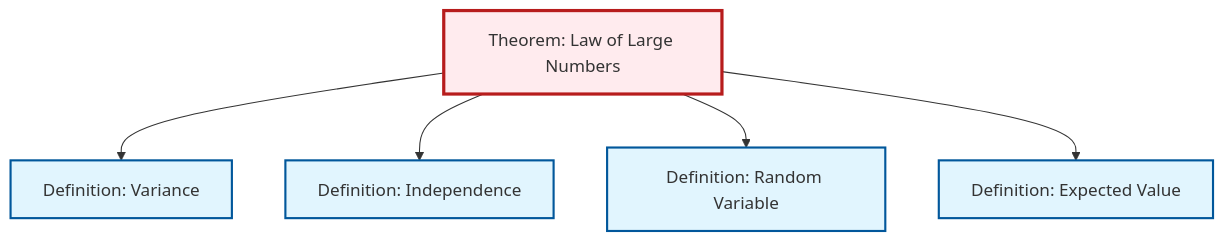
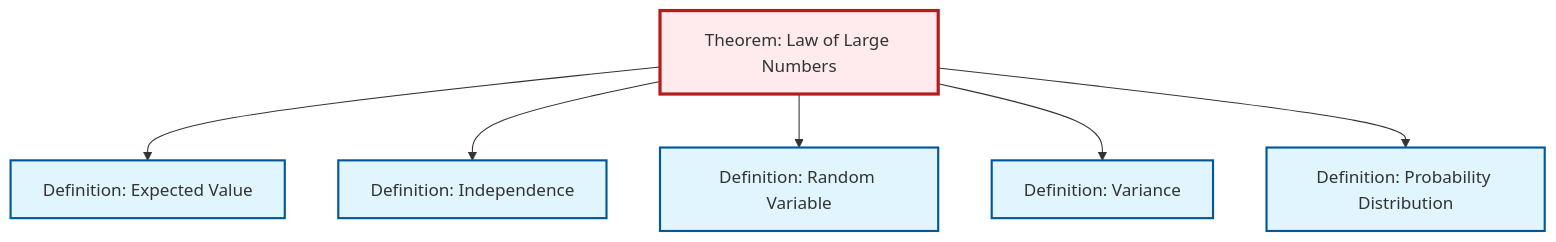
The second of 2 diagrams in content/ja/probability-statistics/thm-law-of-large-numbers.qmd (RK0429/ModernMath), drawn with Mermaid before and after one commit. The commit also changed 634 other files, not shown here.

````diff
--- a/content/ja/probability-statistics/thm-law-of-large-numbers.qmd
+++ b/content/ja/probability-statistics/thm-law-of-large-numbers.qmd
@@ -90,23 +90,26 @@
 ```{mermaid}
 %%| fig-cap: "Local dependency graph"
 graph TD
     classDef definition fill:#e1f5fe,stroke:#01579b,stroke-width:2px
     classDef theorem fill:#f3e5f5,stroke:#4a148c,stroke-width:2px
     classDef axiom fill:#fff3e0,stroke:#e65100,stroke-width:2px
     classDef example fill:#e8f5e9,stroke:#1b5e20,stroke-width:2px
     classDef current fill:#ffebee,stroke:#b71c1c,stroke-width:3px
+    def-independence["Definition: Independence"]:::definition
+    def-expectation["Definition: Expected Value"]:::definition
+    def-variance["Definition: Variance"]:::definition
+    def-probability-distribution["Definition: Probability Distribution"]:::definition
     thm-law-of-large-numbers["Theorem: Law of Large Numbers"]:::theorem
-    def-expectation["Definition: Expected Value"]:::definition
     def-random-variable["Definition: Random Variable"]:::definition
-    def-variance["Definition: Variance"]:::definition
-    def-independence["Definition: Independence"]:::definition
-    thm-law-of-large-numbers --> def-variance
+    thm-law-of-large-numbers --> def-expectation
     thm-law-of-large-numbers --> def-independence
     thm-law-of-large-numbers --> def-random-variable
-    thm-law-of-large-numbers --> def-expectation
+    thm-law-of-large-numbers --> def-variance
+    thm-law-of-large-numbers --> def-probability-distribution
     class thm-law-of-large-numbers current
+    click def-independence "def-independence.html" "Definition: Independenceへ"
     click def-expectation "def-expectation.html" "Definition: Expected Valueへ"
+    click def-variance "def-variance.html" "Definition: Varianceへ"
+    click def-probability-distribution "def-probability-distribution.html" "Definition: Probability Distributionへ"
     click def-random-variable "def-random-variable.html" "Definition: Random Variableへ"
-    click def-variance "def-variance.html" "Definition: Varianceへ"
-    click def-independence "def-independence.html" "Definition: Independenceへ"
 ```
````
